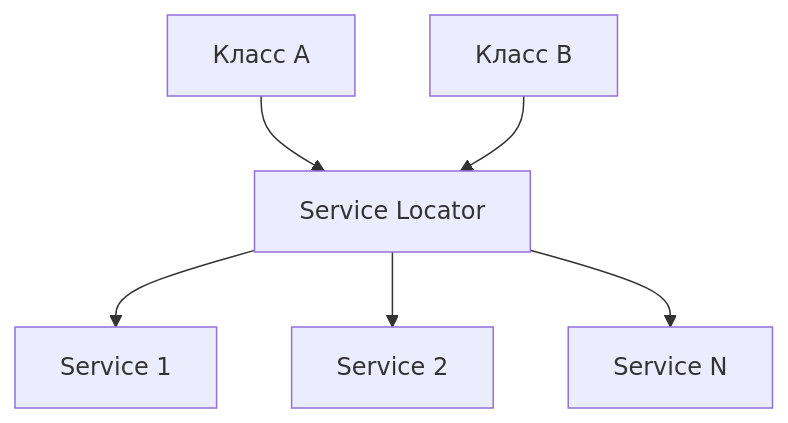
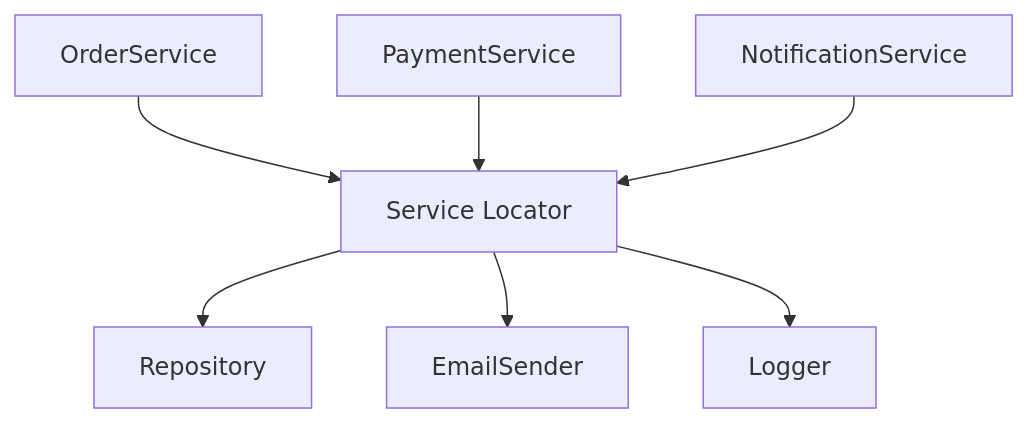
One commit to Kert0n/KPO changed the sixth of 10 diagrams in lectures/Lec2/vitepress.md. Above: the diagram before and after it, drawn with Mermaid. The commit also changed other lines of this file and 3 other files, not shown here.

````diff
--- a/lectures/Lec2/vitepress.md
+++ b/lectures/Lec2/vitepress.md
@@ -406,8 +605,9 @@
 ```mermaid
 flowchart TD
-    ClientA[Класс A] --> Locator[Service Locator]
-    ClientB[Класс B] --> Locator
-    Locator --> Service1[Service 1]
-    Locator --> Service2[Service 2]
-    Locator --> ServiceN[Service N]
+    OrderService["OrderService"] --> Locator["Service Locator"]
+    Payment["PaymentService"] --> Locator
+    Notification["NotificationService"] --> Locator
+    Locator --> Repository["Repository"]
+    Locator --> Email["EmailSender"]
+    Locator --> Logger["Logger"]
 ```
````
